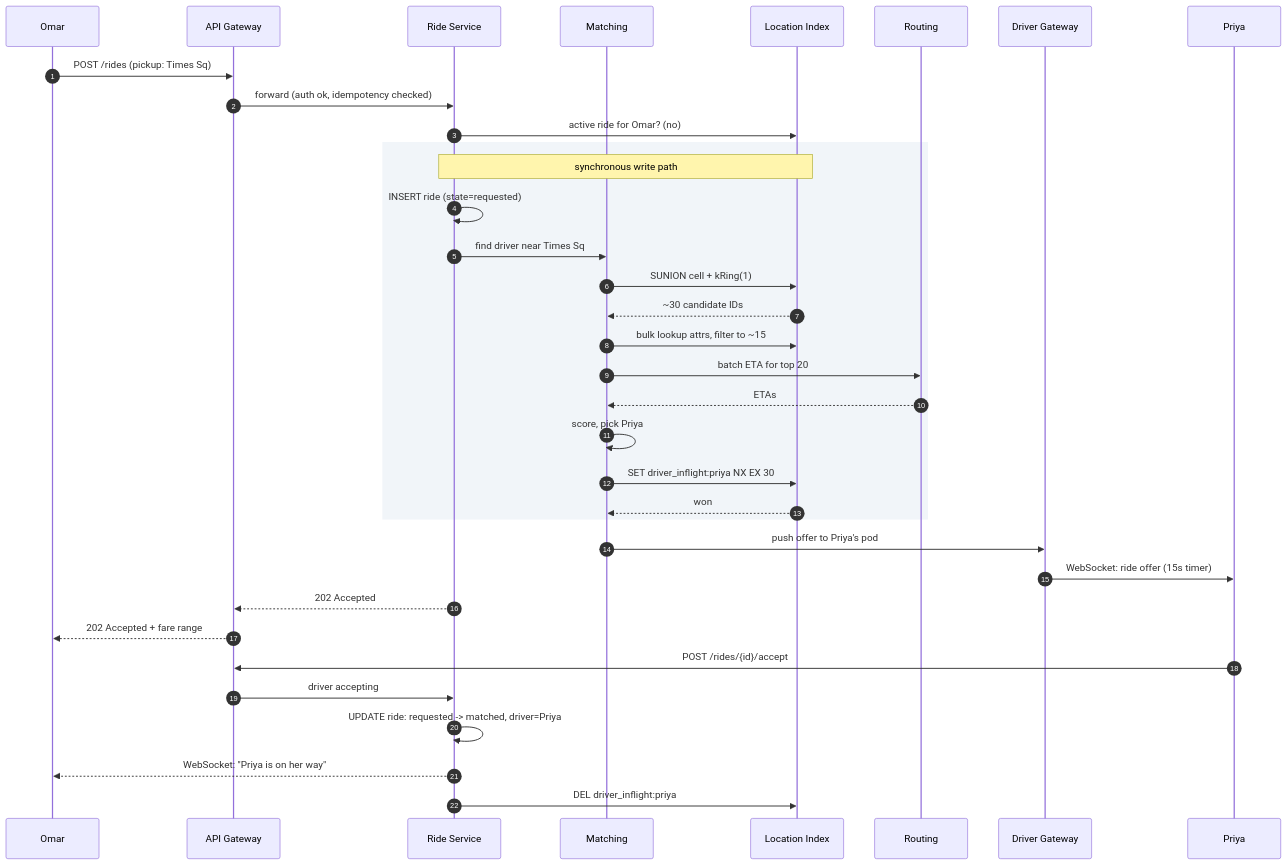
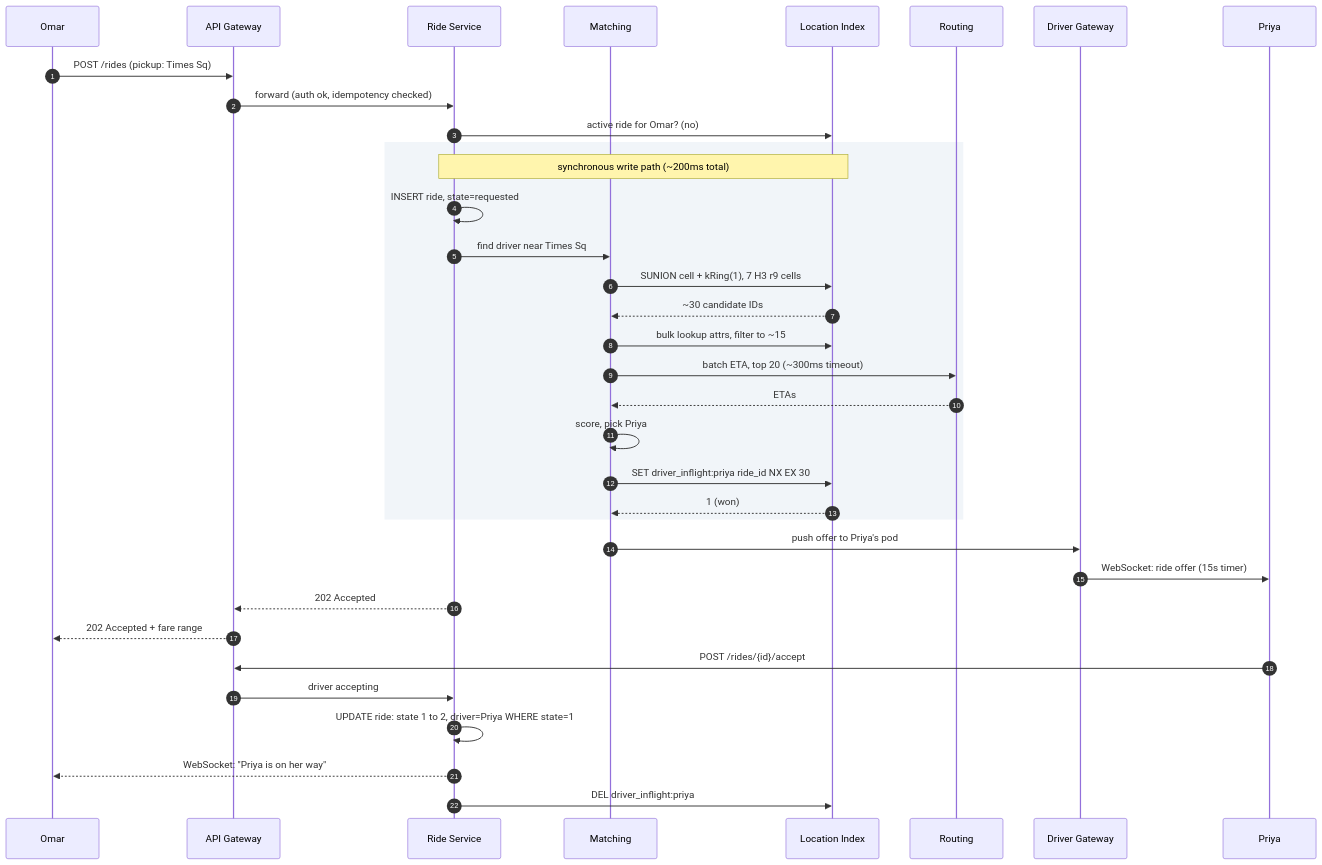
One commit to shiningflash/system-design changed the fourth of 5 diagrams in problems/007-ride-sharing/solution.md. Above: the diagram before and after it, drawn with Mermaid. The commit also changed other lines of this file and 37 other files, not shown here.

````diff
--- a/problems/007-ride-sharing/solution.md
+++ b/problems/007-ride-sharing/solution.md
@@ -369,41 +367,41 @@
 ```mermaid
 sequenceDiagram
     autonumber
     participant Omar
     participant GW2 as API Gateway
     participant RS as Ride Service
     participant MS as Matching
     participant Redis as Location Index
     participant Route as Routing
     participant DGW as Driver Gateway
     participant Priya
 
     Omar->>GW2: POST /rides (pickup: Times Sq)
     GW2->>RS: forward (auth ok, idempotency checked)
     RS->>Redis: active ride for Omar? (no)
 
     rect rgb(241, 245, 249)
-        Note over RS,Redis: synchronous write path
-        RS->>RS: INSERT ride (state=requested)
+        Note over RS,Redis: synchronous write path (~200ms total)
+        RS->>RS: INSERT ride, state=requested
         RS->>MS: find driver near Times Sq
-        MS->>Redis: SUNION cell + kRing(1)
+        MS->>Redis: SUNION cell + kRing(1), 7 H3 r9 cells
         Redis-->>MS: ~30 candidate IDs
         MS->>Redis: bulk lookup attrs, filter to ~15
-        MS->>Route: batch ETA for top 20
+        MS->>Route: batch ETA, top 20 (~300ms timeout)
         Route-->>MS: ETAs
         MS->>MS: score, pick Priya
-        MS->>Redis: SET driver_inflight:priya NX EX 30
-        Redis-->>MS: won
+        MS->>Redis: SET driver_inflight:priya ride_id NX EX 30
+        Redis-->>MS: 1 (won)
     end
 
     MS->>DGW: push offer to Priya's pod
     DGW->>Priya: WebSocket: ride offer (15s timer)
     RS-->>GW2: 202 Accepted
     GW2-->>Omar: 202 Accepted + fare range
 
     Priya->>GW2: POST /rides/{id}/accept
     GW2->>RS: driver accepting
-    RS->>RS: UPDATE ride: requested -> matched, driver=Priya
+    RS->>RS: UPDATE ride: state 1 to 2, driver=Priya WHERE state=1
     RS-->>Omar: WebSocket: "Priya is on her way"
     RS->>Redis: DEL driver_inflight:priya
 ```
````
